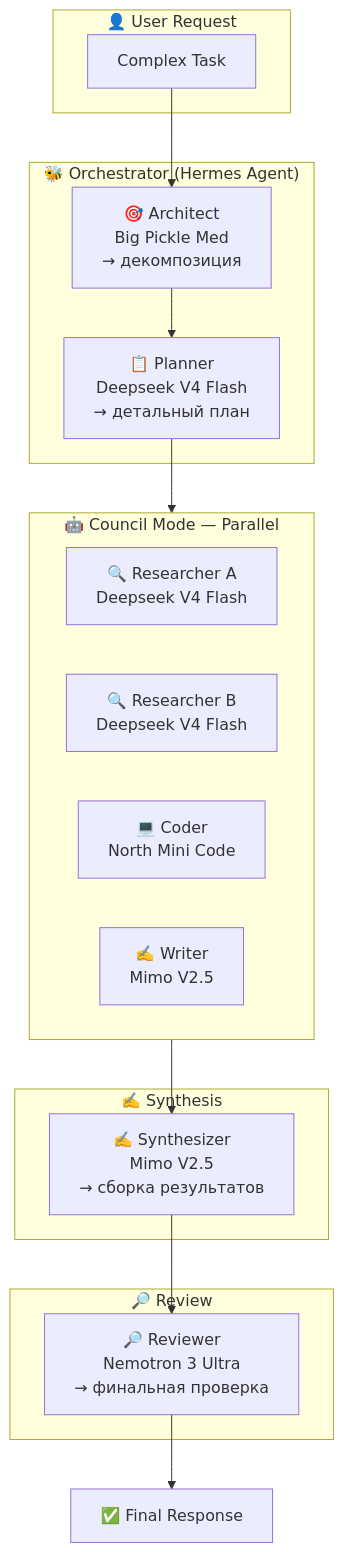
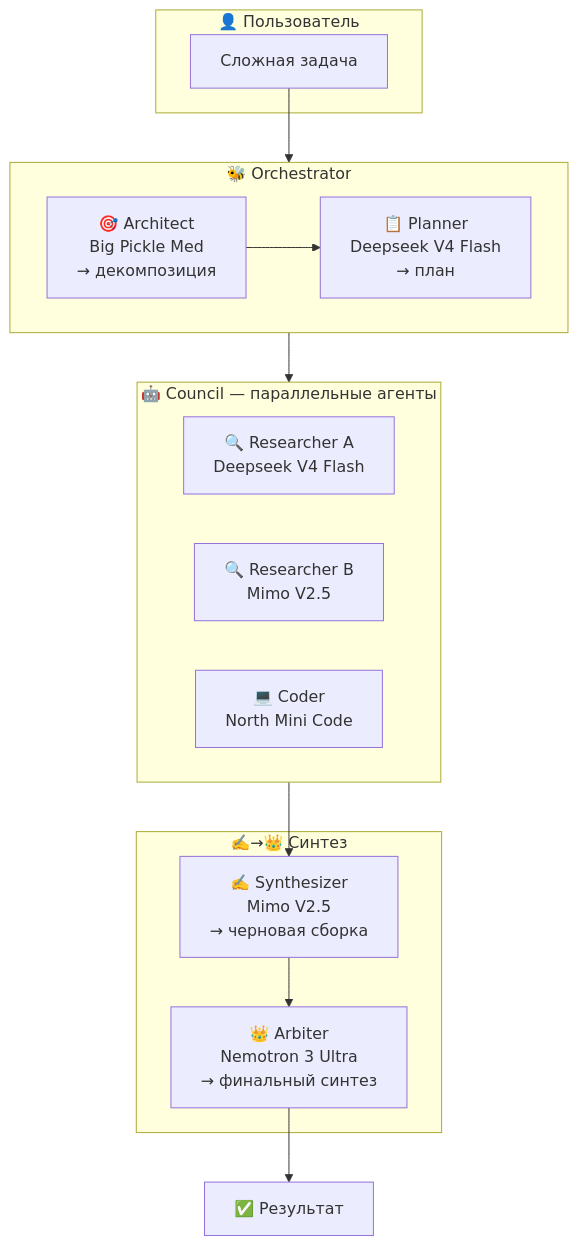
One commit to L-MORIA/hermes-multi-agent-orchestrator changed the first of 3 diagrams in ARCHITECTURE.md. Above: the diagram before and after it, drawn with Mermaid. The commit also changed other lines of this file and 7 other files, not shown here.

First line of the commit message:
v1.0.0: Full release — verified architecture, smoke test results, Nemotron as Arbiter

````diff
--- a/ARCHITECTURE.md
+++ b/ARCHITECTURE.md
@@ -5,35 +9,30 @@
 ```mermaid
 flowchart TD
-    subgraph User["👤 User Request"]
-        TASK[Complex Task]
+    subgraph User["👤 Пользователь"]
+        TASK[Сложная задача]
     end
 
-    subgraph Orchestrator["🐝 Orchestrator (Hermes Agent)"]
+    subgraph Orchestrator["🐝 Orchestrator"]
+        direction LR
         ARCH[🎯 Architect<br/>Big Pickle Med<br/>→ декомпозиция]
-        PLAN[📋 Planner<br/>Deepseek V4 Flash<br/>→ детальный план]
+        PLAN[📋 Planner<br/>Deepseek V4 Flash<br/>→ план]
     end
 
-    subgraph Council["🤖 Council Mode — Parallel"]
+    subgraph Parallel["🤖 Council — параллельные агенты"]
         R1[🔍 Researcher A<br/>Deepseek V4 Flash]
-        R2[🔍 Researcher B<br/>Deepseek V4 Flash]
+        R2[🔍 Researcher B<br/>Mimo V2.5]
         CD[💻 Coder<br/>North Mini Code]
-        WR[✍️ Writer<br/>Mimo V2.5]
     end
 
-    subgraph Synthesis["✍️ Synthesis"]
-        SYN[✍️ Synthesizer<br/>Mimo V2.5<br/>→ сборка результатов]
-    end
-
-    subgraph Review["🔎 Review"]
-        REV[🔎 Reviewer<br/>Nemotron 3 Ultra<br/>→ финальная проверка]
+    subgraph Synthesis["✍️→👑 Синтез"]
+        SYN[✍️ Synthesizer<br/>Mimo V2.5<br/>→ черновая сборка]
+        ARB[👑 Arbiter<br/>Nemotron 3 Ultra<br/>→ финальный синтез]
     end
 
     TASK --> ARCH
     ARCH --> PLAN
-
-    PLAN --> Council
-    
-    Council --> SYN
-    SYN --> REV
-    REV --> RESULT[✅ Final Response]
+    PLAN --> Parallel
+    Parallel --> SYN
+    SYN --> ARB
+    ARB --> RESULT[✅ Результат]
 ```
````
